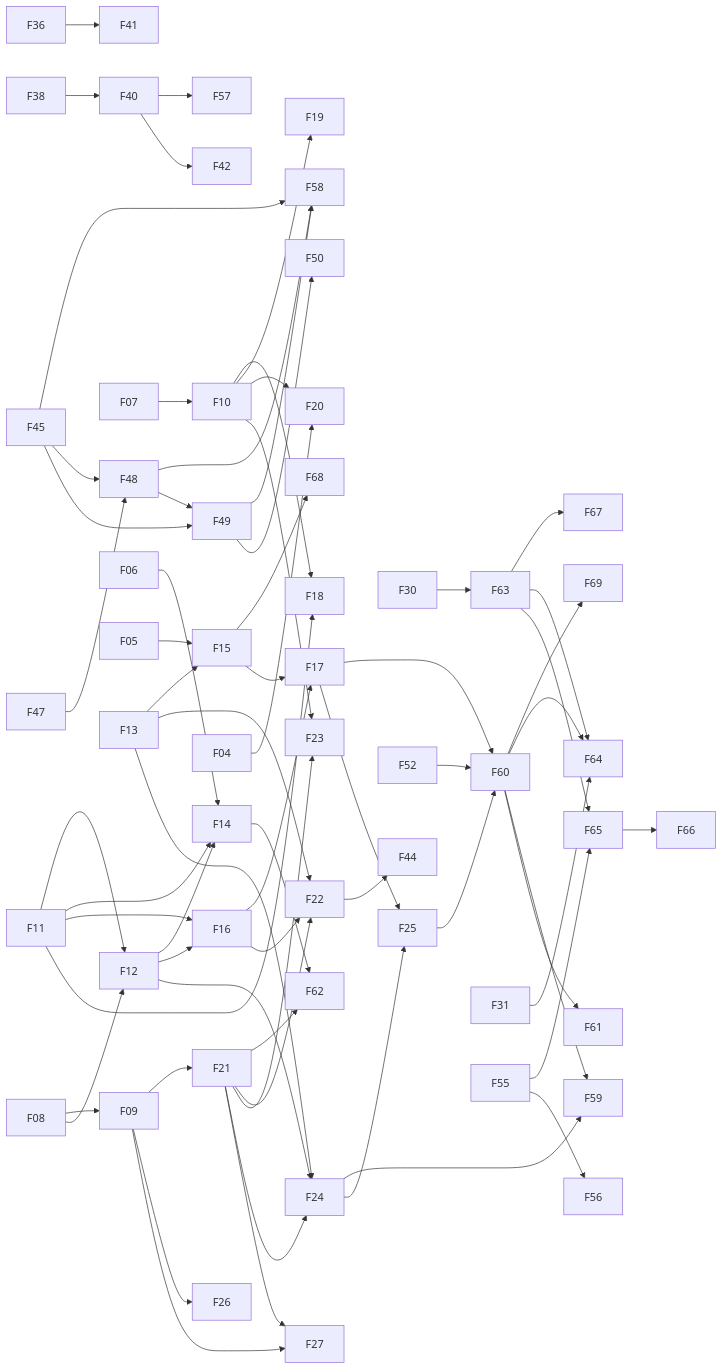
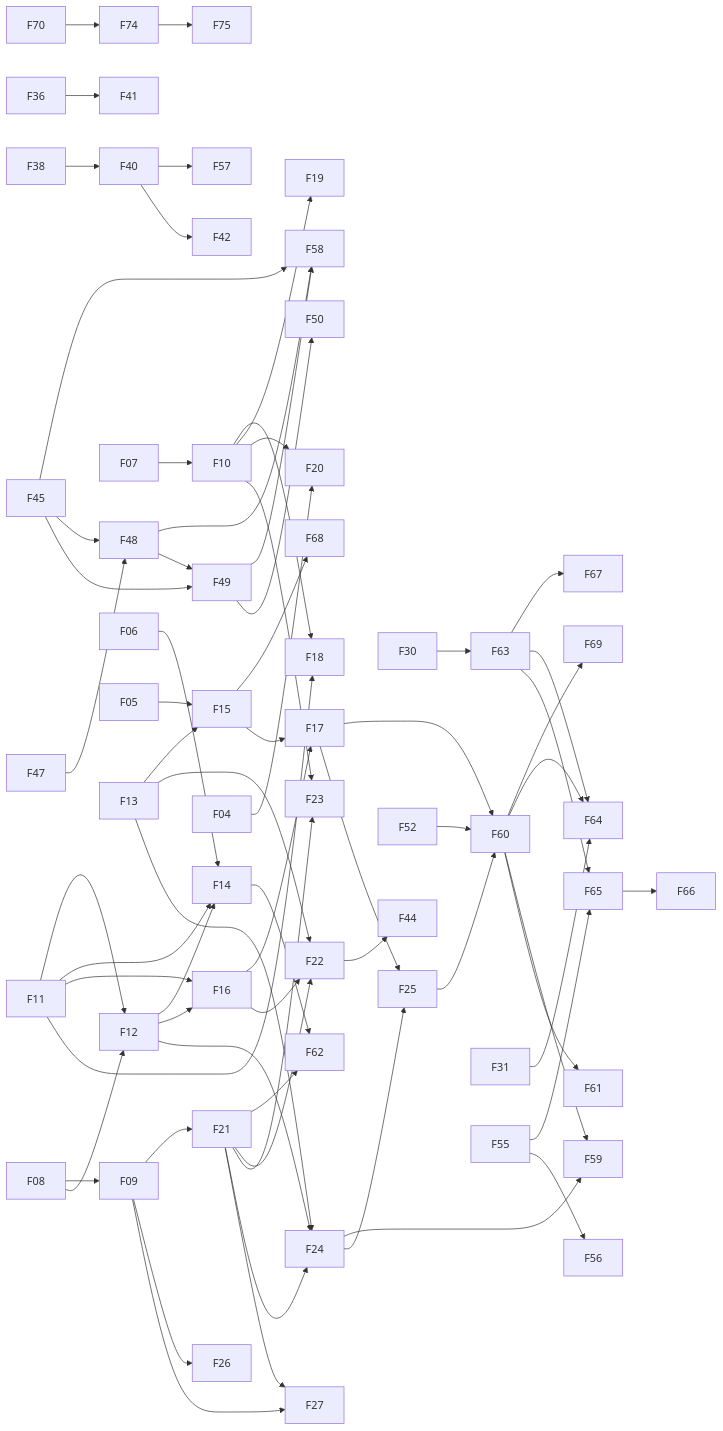
The diagram in Lanyard-Vault/07 Roadmap/00 Master To-Do.md (yinjunshao/lanyard), drawn with Mermaid before and after one commit. The commit also changed other lines of this file and 5 other files, not shown here.

````diff
--- a/Lanyard-Vault/07 Roadmap/00 Master To-Do.md
+++ b/Lanyard-Vault/07 Roadmap/00 Master To-Do.md
@@ -171,67 +181,69 @@
 ```mermaid
 graph LR
   F15 --> F68
   F60 --> F69
+  F70 --> F74
+  F74 --> F75
   F30 --> F63
   F63 --> F67
   F63 --> F64
   F31 --> F64
   F60 --> F64
   F63 --> F65
   F55 --> F65
   F65 --> F66
   F21 --> F62
   F14 --> F62
   F40 --> F57
   F45 --> F58
   F48 --> F58
   F49 --> F58
   F17 --> F60
   F25 --> F60
   F52 --> F60
   F24 --> F59
   F60 --> F59
   F55 --> F56
   F60 --> F61
   F45 --> F48
   F47 --> F48
   F45 --> F49
   F48 --> F49
   F49 --> F50
   F40 --> F42
   F22 --> F44
   F38 --> F40
   F36 --> F41
   F07 --> F10
   F08 --> F09
   F08 --> F12
   F11 --> F12
   F06 --> F14
   F11 --> F14
   F12 --> F14
   F05 --> F15
   F13 --> F15
   F11 --> F16
   F12 --> F16
   F15 --> F17
   F16 --> F17
   F10 --> F18
   F11 --> F18
   F10 --> F19
   F10 --> F20
   F04 --> F20
   F09 --> F21
   F21 --> F22
   F13 --> F22
   F16 --> F22
   F21 --> F23
   F10 --> F23
   F21 --> F24
   F12 --> F24
   F13 --> F24
   F17 --> F25
   F24 --> F25
   F09 --> F26
   F09 --> F27
   F21 --> F27
 ```
````
